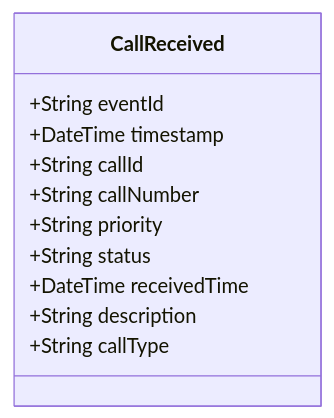
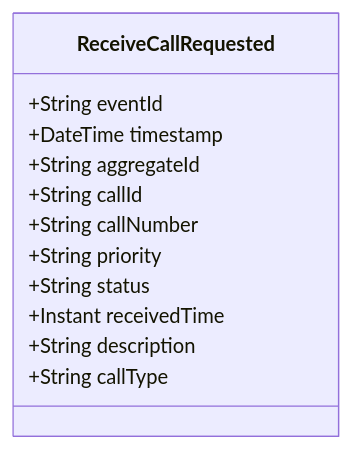
Before and after one commit to pgraff/police-system: the diagram in doc/events/CallReceived.md, drawn with Mermaid. The commit also changed other lines of this file and 58 other files, not shown here.

````diff
--- a/doc/events/CallReceived.md
+++ b/doc/events/CallReceived.md
@@ -9,14 +9,15 @@
 ```mermaid
 classDiagram
-    class CallReceived {
+    class ReceiveCallRequested {
         +String eventId
         +DateTime timestamp
+        +String aggregateId
         +String callId
         +String callNumber
         +String priority
         +String status
-        +DateTime receivedTime
+        +Instant receivedTime
         +String description
         +String callType
     }
 ```
````
